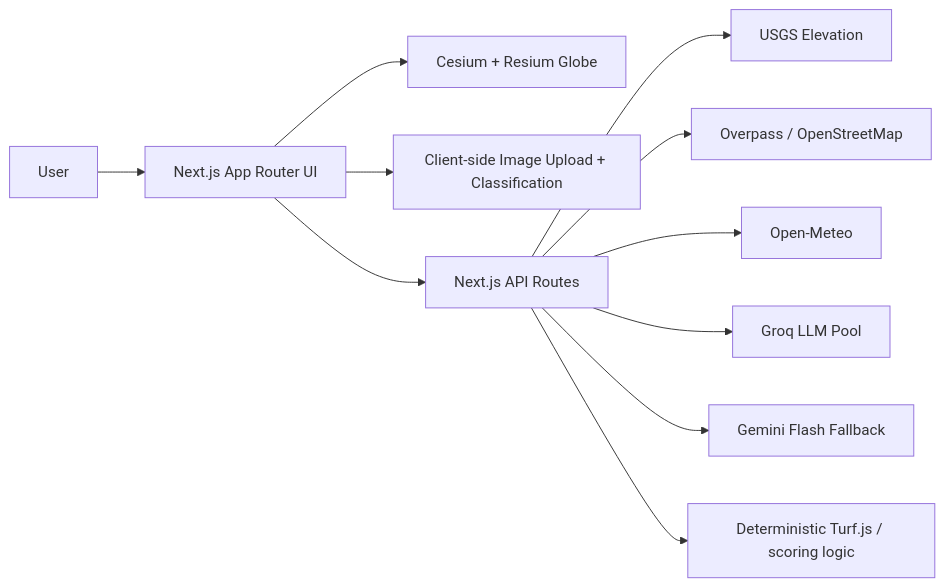
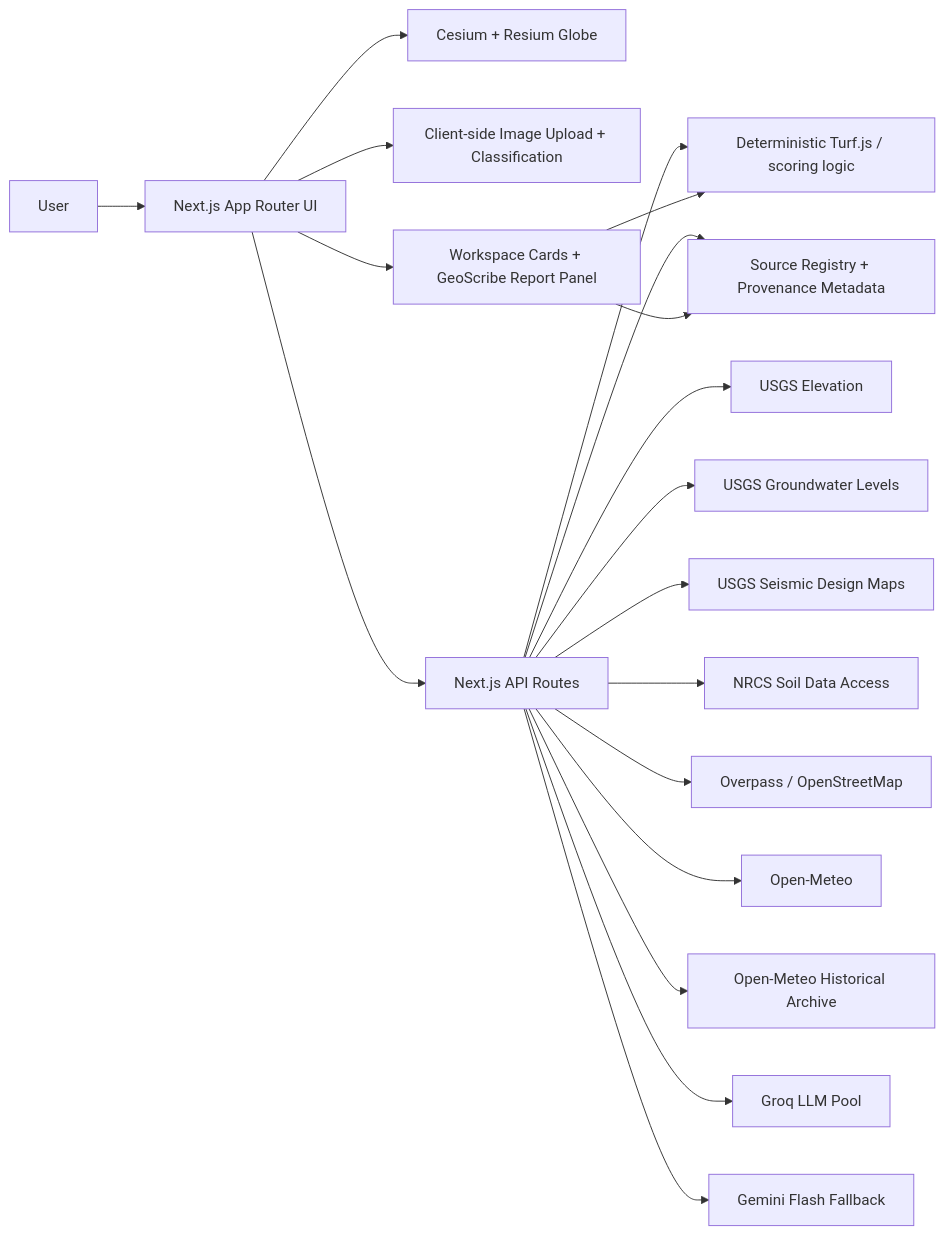
The diagram in README.md (sabinMas/geosight-gspat), drawn with Mermaid before and after one commit. The commit also changed other lines of this file and 46 other files, not shown here.

````diff
--- a/README.md
+++ b/README.md
@@ -103,13 +108,21 @@
 ```mermaid
 flowchart LR
   User["User"] --> UI["Next.js App Router UI"]
   UI --> Globe["Cesium + Resium Globe"]
   UI --> Upload["Client-side Image Upload + Classification"]
+  UI --> Cards["Workspace Cards + GeoScribe Report Panel"]
   UI --> APIs["Next.js API Routes"]
   APIs --> USGS["USGS Elevation"]
+  APIs --> Groundwater["USGS Groundwater Levels"]
+  APIs --> Seismic["USGS Seismic Design Maps"]
+  APIs --> Soils["NRCS Soil Data Access"]
   APIs --> OSM["Overpass / OpenStreetMap"]
   APIs --> Weather["Open-Meteo"]
+  APIs --> ClimateArchive["Open-Meteo Historical Archive"]
   APIs --> Groq["Groq LLM Pool"]
   APIs --> Gemini["Gemini Flash Fallback"]
   APIs --> Score["Deterministic Turf.js / scoring logic"]
+  APIs --> Sources["Source Registry + Provenance Metadata"]
+  Cards --> Score
+  Cards --> Sources
 ```
````
